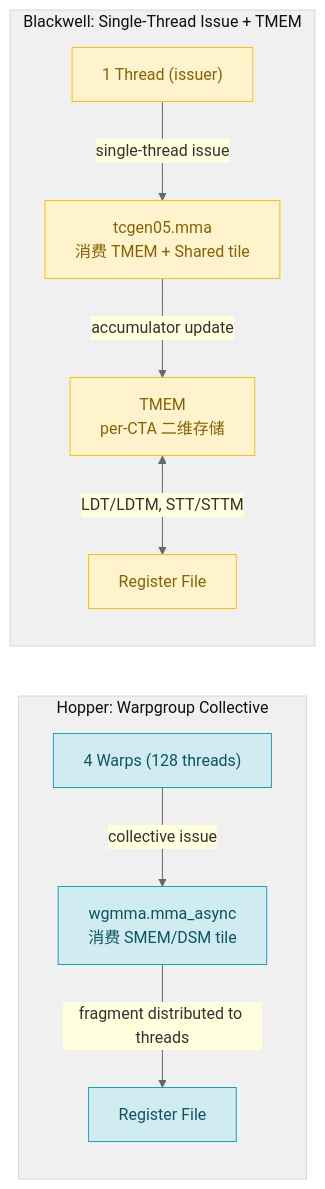
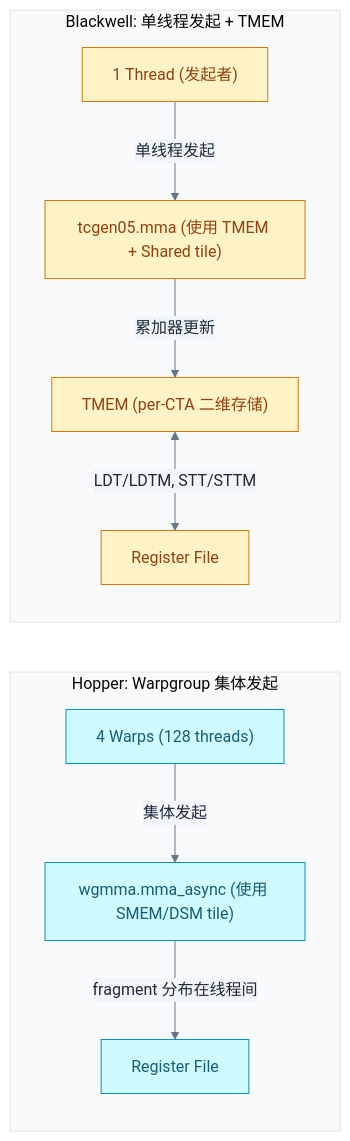
The ninth of 12 diagrams in LLM/NVIDIA-GPU架构演进与LLM.md (swjtuer326/cs-learning-notes), drawn with Mermaid before and after one commit. The commit also changed other lines of this file and 10 other files, not shown here.

````diff
--- a/LLM/NVIDIA-GPU架构演进与LLM.md
+++ b/LLM/NVIDIA-GPU架构演进与LLM.md
@@ -463,20 +644,20 @@
 ```mermaid
-%%{init: {"theme": "base", "themeVariables": {"primaryColor": "#ECECFF", "primaryTextColor": "#333333", "primaryBorderColor": "#9370DB", "lineColor": "#666666", "secondaryColor": "#ffffde", "secondaryBorderColor": "#aaaa33", "tertiaryColor": "#f0f0f0", "fontFamily": "\"trebuchet ms\", verdana, arial, sans-serif"}}}%%
+%%{init: {"theme": "base", "themeVariables": {"primaryColor": "#f8fafc", "primaryTextColor": "#1e293b", "primaryBorderColor": "#475569", "lineColor": "#64748b", "secondaryColor": "#f1f5f9", "secondaryBorderColor": "#94a3b8", "tertiaryColor": "#f8fafc", "fontFamily": "\"trebuchet ms\", verdana, arial, sans-serif"}}}%%
 flowchart LR
-    subgraph "Hopper: Warpgroup Collective"
-        WG["4 Warps (128 threads)"] -->|"collective issue"| WGMMA["wgmma.mma_async\n消费 SMEM/DSM tile"]
-        WGMMA -->|"fragment distributed to threads"| REG["Register File"]
+    subgraph "Hopper: Warpgroup 集体发起"
+        WG["4 Warps (128 threads)"] -->|"集体发起"| WGMMA["wgmma.mma_async (使用 SMEM/DSM tile)"]
+        WGMMA -->|"fragment 分布在线程间"| REG["Register File"]
     end
 
-    subgraph "Blackwell: Single-Thread Issue + TMEM"
-        ST["1 Thread (issuer)"] -->|"single-thread issue"| TC05["tcgen05.mma\n消费 TMEM + Shared tile"]
-        TC05 -->|"accumulator update"| TM["TMEM\nper-CTA 二维存储"]
+    subgraph "Blackwell: 单线程发起 + TMEM"
+        ST["1 Thread (发起者)"] -->|"单线程发起"| TC05["tcgen05.mma (使用 TMEM + Shared tile)"]
+        TC05 -->|"累加器更新"| TM["TMEM (per-CTA 二维存储)"]
         TM <-->|"LDT/LDTM, STT/STTM"| REG2["Register File"]
     end
 
-    classDef hopper fill:#d1ecf1,stroke:#17a2b8,color:#0c5460
-    classDef blackwell fill:#fff3cd,stroke:#ffc107,color:#856404
+    classDef hopper fill:#cffafe,stroke:#0891b2,color:#155e75
+    classDef blackwell fill:#fef3c7,stroke:#d97706,color:#92400e
 
     class WG,WGMMA,REG hopper
     class ST,TC05,TM,REG2 blackwell
 ```
````
